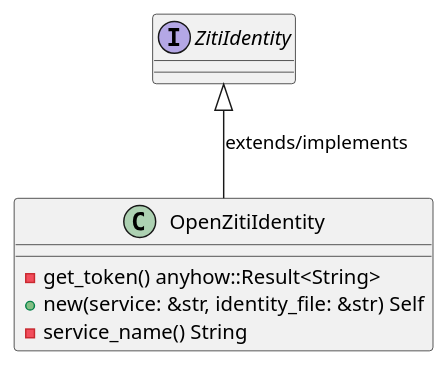
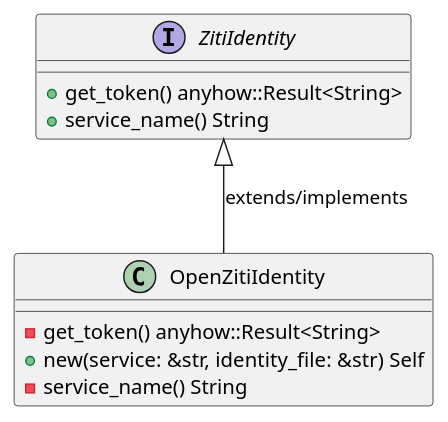
Before and after one commit to lgcorzo/rust_CACD_autonomous_factory: the first of 6 diagrams in openwiki/crates_factory_infrastructure_src_ziti.md, drawn with PlantUML. The commit also changed other lines of this file and 96 other files, not shown here.

````diff
--- a/openwiki/crates_factory_infrastructure_src_ziti.md
+++ b/openwiki/crates_factory_infrastructure_src_ziti.md
@@ -99,13 +157,15 @@
 ```plantuml
 @startuml
 class OpenZitiIdentity {
     -get_token() anyhow::Result<String>
     +new(service: &str, identity_file: &str) Self
     -service_name() String
 }
 ZitiIdentity <|-- OpenZitiIdentity : extends/implements
 interface ZitiIdentity {
+    +get_token() anyhow::Result<String>
+    +service_name() String
 }
 @enduml
 
 ```
````
